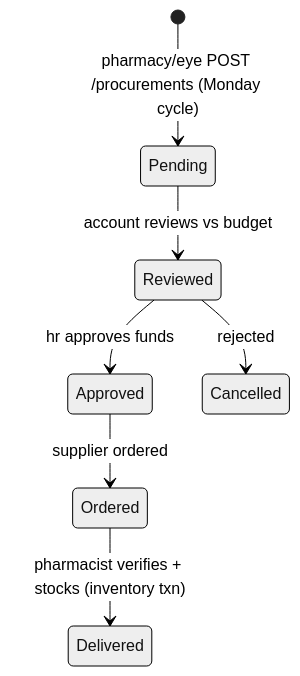
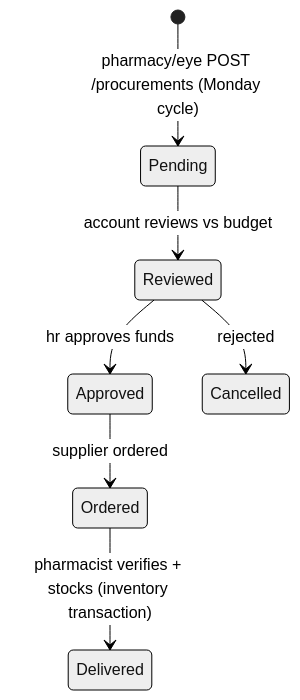
The ninth of 10 diagrams in docs/SYSTEM_DESIGN_GUIDE.md (Zikobyte/zikobyteHMRsystem), drawn with Mermaid (neutral theme) before and after one commit. The commit also changed other lines of this file, not shown here.

````diff
--- a/docs/SYSTEM_DESIGN_GUIDE.md
+++ b/docs/SYSTEM_DESIGN_GUIDE.md
@@ -347,9 +392,9 @@
 ```mermaid
 stateDiagram-v2
   [*] --> Pending: pharmacy/eye POST /procurements (Monday cycle)
   Pending --> Reviewed: account reviews vs budget
   Reviewed --> Approved: hr approves funds
   Reviewed --> Cancelled: rejected
   Approved --> Ordered: supplier ordered
-  Ordered --> Delivered: pharmacist verifies + stocks (inventory txn)
+  Ordered --> Delivered: pharmacist verifies + stocks (inventory transaction)
 ```
````
